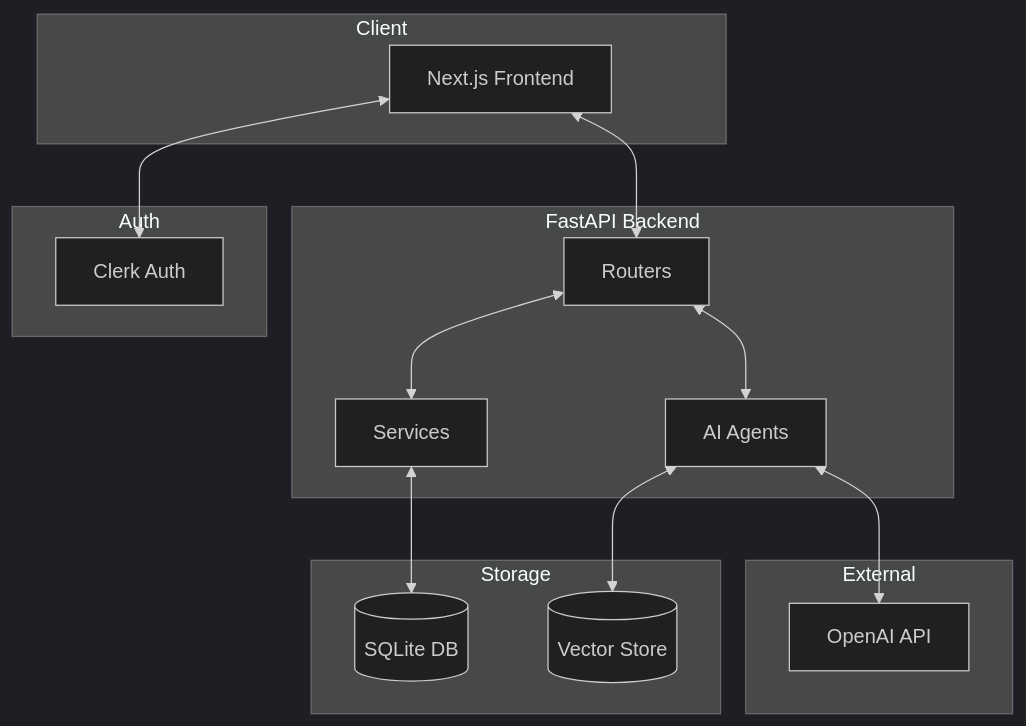
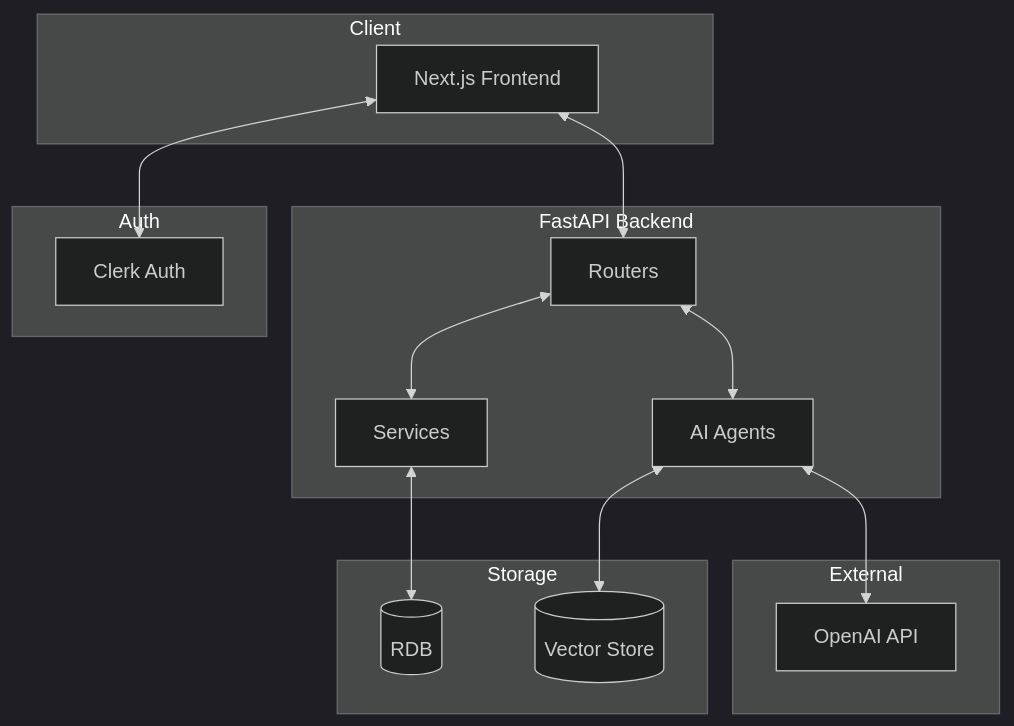
The first of 5 diagrams in SYSTEM_DESIGN.md (iamumarjaved/Cancer-Care-Coordinator), drawn with Mermaid (dark theme) before and after one commit. The commit also changed 7 other files, not shown here.

````diff
--- a/SYSTEM_DESIGN.md
+++ b/SYSTEM_DESIGN.md
@@ -30,33 +30,33 @@
 ```mermaid
 graph TB
     subgraph Client
         UI[Next.js Frontend]
     end
 
     subgraph Auth
         CL[Clerk Auth]
     end
 
     subgraph API[FastAPI Backend]
         RT[Routers]
         SV[Services]
         AG[AI Agents]
     end
 
     subgraph Storage
-        DB[(SQLite DB)]
+        DB[(RDB)]
         VS[(Vector Store)]
     end
 
     subgraph External
         OAI[OpenAI API]
     end
 
     UI <--> CL
     UI <--> RT
     RT <--> SV
     RT <--> AG
     SV <--> DB
     AG <--> VS
     AG <--> OAI
 ```
````
